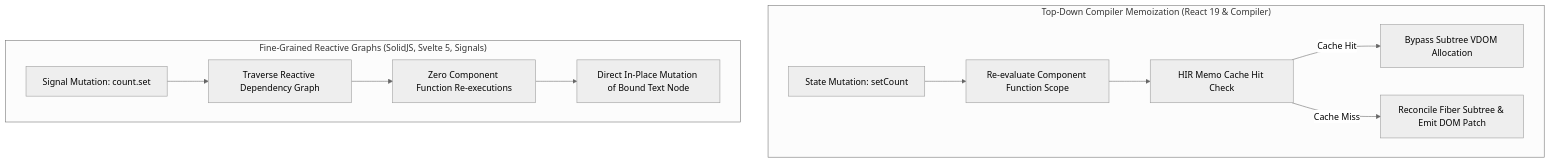
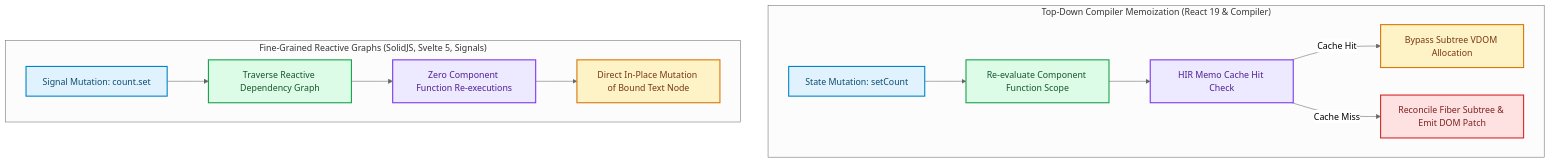
The first of 2 diagrams in blog/posts/react-compiler-vs-signals-fine-grained-reactivity-ast-tradeoffs.md (akmalkhaniub/akmalkhaniub.github.io), drawn with Mermaid (neutral theme) before and after one commit. The commit also changed other lines of this file and 1291 other files, not shown here.

First line of the commit message:
feat(catalog): unique covers, scholarly references, and diagram palettes

````diff
--- a/blog/posts/react-compiler-vs-signals-fine-grained-reactivity-ast-tradeoffs.md
+++ b/blog/posts/react-compiler-vs-signals-fine-grained-reactivity-ast-tradeoffs.md
@@ -15,15 +15,26 @@
 ```mermaid
 flowchart TD
   subgraph SG1_CompilerMemo ["Top-Down Compiler Memoization (React 19 & Compiler)"]
     StateChange1["State Mutation: setCount"] --> ReRenderTree["Re-evaluate Component Function Scope"]
     ReRenderTree --> CacheCheck["HIR Memo Cache Hit Check"]
     CacheCheck -->|Cache Hit| SkipVDOM["Bypass Subtree VDOM Allocation"]
     CacheCheck -->|Cache Miss| UpdateVDOM["Reconcile Fiber Subtree & Emit DOM Patch"]
   end
 
   subgraph SG2_ReactiveGraphs ["Fine-Grained Reactive Graphs (SolidJS, Svelte 5, Signals)"]
     StateChange2["Signal Mutation: count.set"] --> DirectGraph["Traverse Reactive Dependency Graph"]
     DirectGraph --> ZeroVDOM["Zero Component Function Re-executions"]
     ZeroVDOM --> SurgicalDOM["Direct In-Place Mutation of Bound Text Node"]
   end
+
+classDef green fill:#dcfce7,stroke:#16a34a,stroke-width:2px,color:#14532d;
+classDef red fill:#fee2e2,stroke:#dc2626,stroke-width:2px,color:#7f1d1d;
+classDef blue fill:#e0f2fe,stroke:#0284c7,stroke-width:2px,color:#0c4a6e;
+classDef yellow fill:#fef3c7,stroke:#d97706,stroke-width:2px,color:#78350f;
+classDef purple fill:#ede9fe,stroke:#7c3aed,stroke-width:2px,color:#4c1d95;
+class StateChange1,StateChange2 blue
+class ReRenderTree,DirectGraph green
+class CacheCheck,ZeroVDOM purple
+class SkipVDOM,SurgicalDOM yellow
+class UpdateVDOM red
 ```
````
